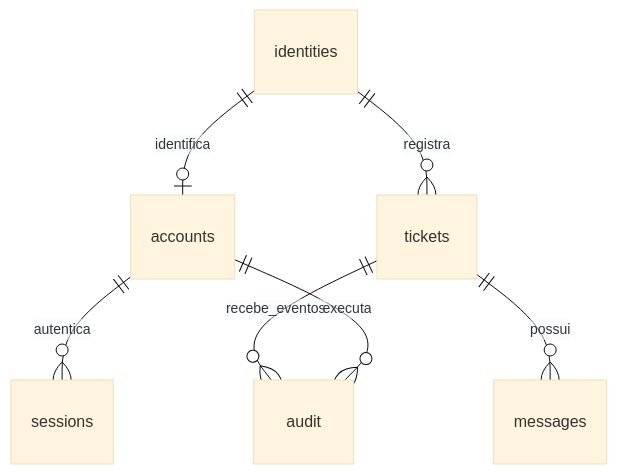
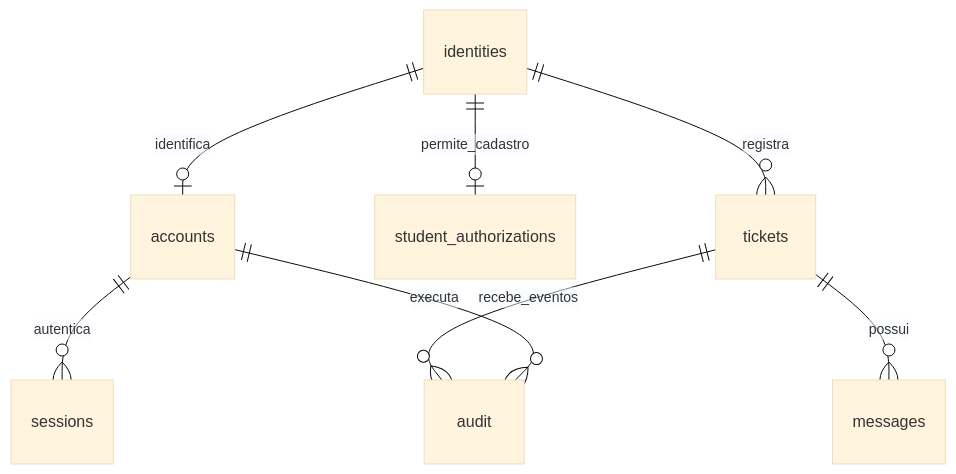
The diagram in BANCO_DE_DADOS.md (paraba00/AGORAVAI), drawn with Mermaid (base theme) before and after one commit. The commit also changed other lines of this file, not shown here.

Commit message:
Documenta a liberação de e-mails e adapta os testes ao cadastro autorizado

````diff
--- a/BANCO_DE_DADOS.md
+++ b/BANCO_DE_DADOS.md
@@ -109,9 +124,10 @@
 ```mermaid
 erDiagram
     identities ||--o| accounts : identifica
+    identities ||--o| student_authorizations : permite_cadastro
     identities ||--o{ tickets : registra
     accounts ||--o{ sessions : autentica
     tickets ||--o{ messages : possui
     tickets ||--o{ audit : recebe_eventos
     accounts ||--o{ audit : executa
 ```
````
